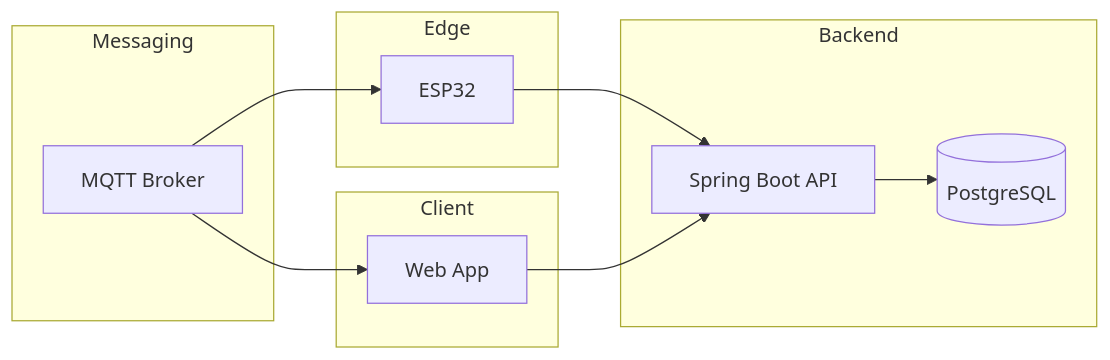
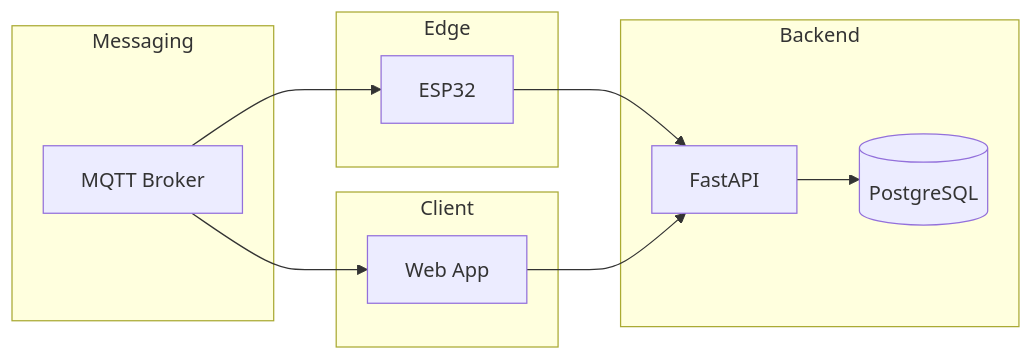
One commit to Domiciano/Integrador1TEL261 changed the diagram in readme.md. Above: the diagram before and after it, drawn with Mermaid.

````diff
--- a/readme.md
+++ b/readme.md
@@ -44,27 +44,27 @@
 ```mermaid
 flowchart LR
 
 subgraph Edge
     A[ESP32]
 end
 
 subgraph Client
     B[Web App]
 end
 
 subgraph Backend
-    C[Spring Boot API]
+    C[FastAPI]
     D[(PostgreSQL)]
 end
 
 subgraph Messaging
     E[MQTT Broker]
 end
 
 A --> C
 B --> C
 C --> D
 
 E --> A
 E --> B
 ```
````
